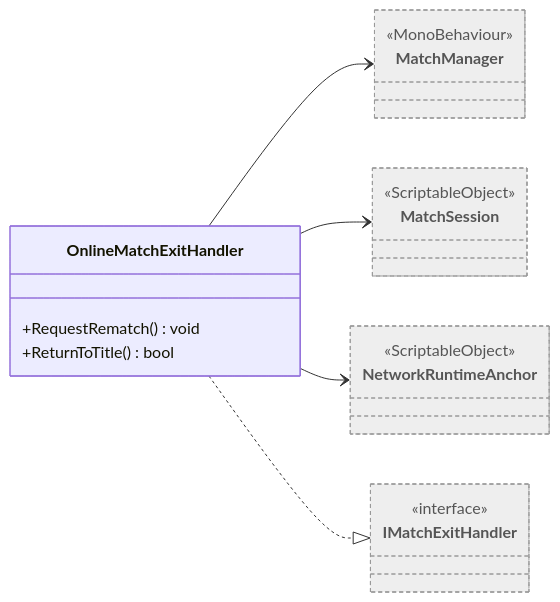
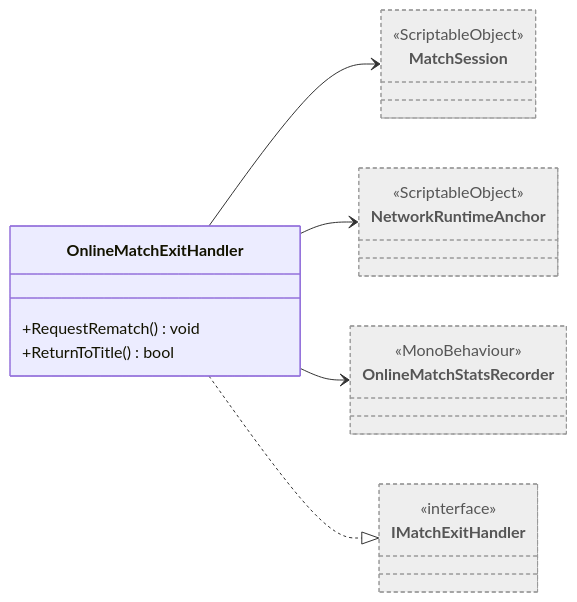
One commit to Chacashi/Alien-Farms changed the diagram in Docs/Arquitectura/Clases/Networking/OnlineMatchExitHandler.md. Above: the diagram before and after it, drawn with Mermaid. The commit also changed other lines of this file and 257 other files, not shown here.

````diff
--- a/Docs/Arquitectura/Clases/Networking/OnlineMatchExitHandler.md
+++ b/Docs/Arquitectura/Clases/Networking/OnlineMatchExitHandler.md
@@ -18,21 +18,21 @@
 ```mermaid
 classDiagram
   direction LR
   class OnlineMatchExitHandler {
     +RequestRematch() void
     +ReturnToTitle() bool
   }
   class IMatchExitHandler:::external
   <<interface>> IMatchExitHandler
-  class MatchManager:::external
-  <<MonoBehaviour>> MatchManager
   class MatchSession:::external
   <<ScriptableObject>> MatchSession
   class NetworkRuntimeAnchor:::external
   <<ScriptableObject>> NetworkRuntimeAnchor
-  OnlineMatchExitHandler --> MatchManager
+  class OnlineMatchStatsRecorder:::external
+  <<MonoBehaviour>> OnlineMatchStatsRecorder
   OnlineMatchExitHandler --> MatchSession
   OnlineMatchExitHandler --> NetworkRuntimeAnchor
+  OnlineMatchExitHandler --> OnlineMatchStatsRecorder
   OnlineMatchExitHandler ..|> IMatchExitHandler
   classDef external fill:#eee,stroke:#999,stroke-dasharray: 4 3,color:#555
 ```
````
